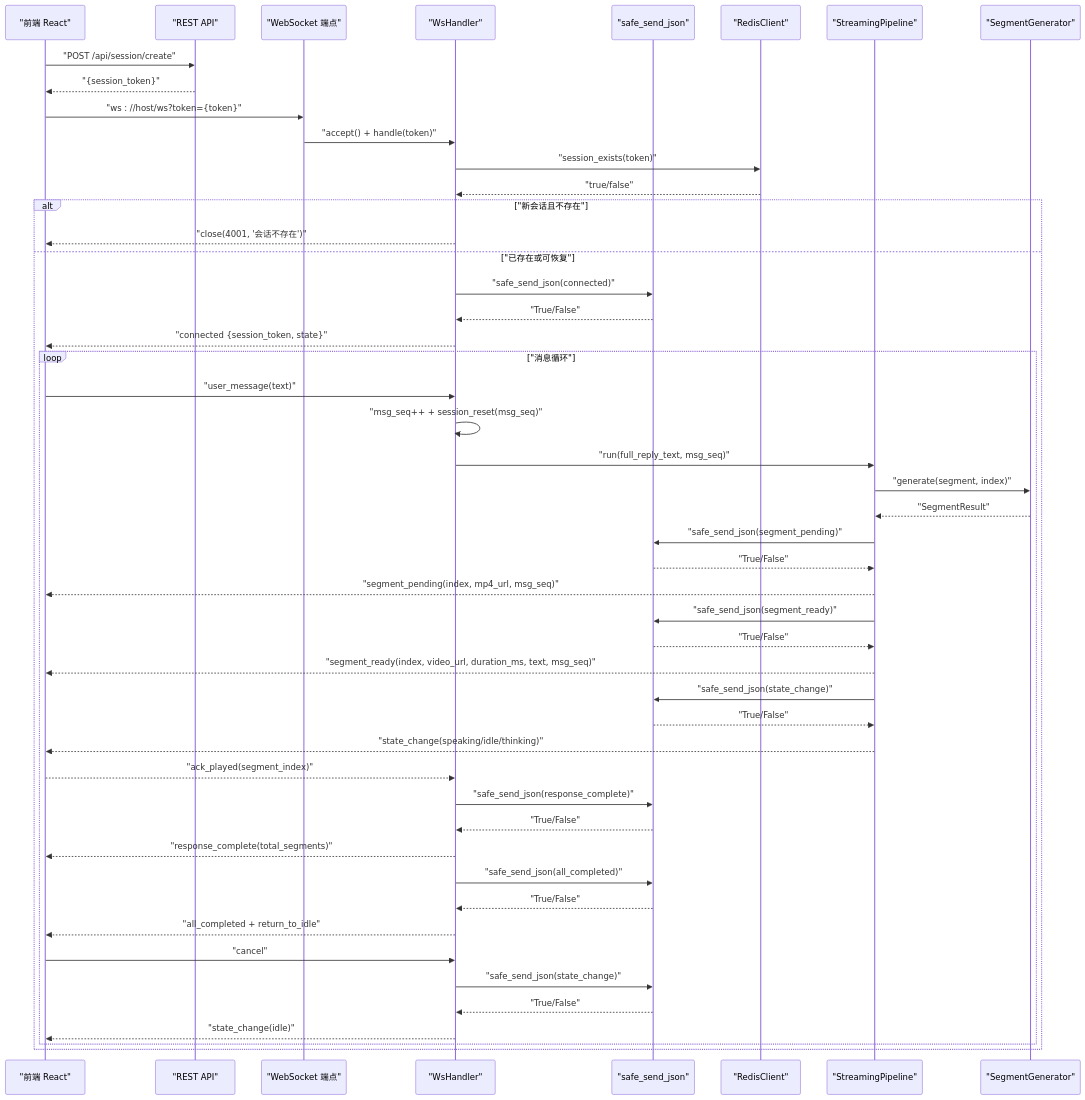
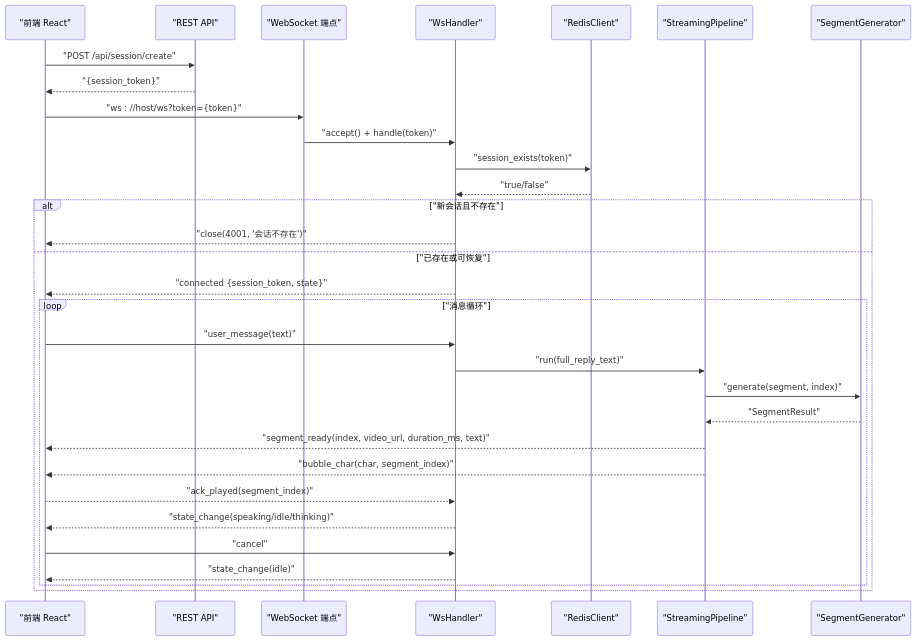
The second of 7 diagrams in .qoder/repowiki/zh/content/后端服务/WebSocket 通信协议.md (leo21cn/real-time-talk), drawn with Mermaid before and after one commit. The commit also changed other lines of this file and 21 other files, not shown here.

````diff
--- a/.qoder/repowiki/zh/content/后端服务/WebSocket 通信协议.md
+++ b/.qoder/repowiki/zh/content/后端服务/WebSocket 通信协议.md
@@ -152,51 +124,33 @@
 ```mermaid
 sequenceDiagram
 participant FE as "前端 React"
 participant API as "REST API"
 participant WS as "WebSocket 端点"
 participant H as "WsHandler"
-participant S as "safe_send_json"
 participant R as "RedisClient"
 participant P as "StreamingPipeline"
 participant G as "SegmentGenerator"
 FE->>API : "POST /api/session/create"
 API-->>FE : "{session_token}"
 FE->>WS : "ws : //host/ws?token={token}"
 WS->>H : "accept() + handle(token)"
 H->>R : "session_exists(token)"
 R-->>H : "true/false"
 alt "新会话且不存在"
 H-->>FE : "close(4001, '会话不存在')"
 else "已存在或可恢复"
-H->>S : "safe_send_json(connected)"
-S-->>H : "True/False"
 H-->>FE : "connected {session_token, state}"
 loop "消息循环"
 FE->>H : "user_message(text)"
-H->>H : "msg_seq++ + session_reset(msg_seq)"
-H->>P : "run(full_reply_text, msg_seq)"
+H->>P : "run(full_reply_text)"
 P->>G : "generate(segment, index)"
 G-->>P : "SegmentResult"
-P->>S : "safe_send_json(segment_pending)"
-S-->>P : "True/False"
-P-->>FE : "segment_pending(index, mp4_url, msg_seq)"
-P->>S : "safe_send_json(segment_ready)"
-S-->>P : "True/False"
-P-->>FE : "segment_ready(index, video_url, duration_ms, text, msg_seq)"
-P->>S : "safe_send_json(state_change)"
-S-->>P : "True/False"
-P-->>FE : "state_change(speaking/idle/thinking)"
+P-->>FE : "segment_ready(index, video_url, duration_ms, text)"
+P-->>FE : "bubble_char(char, segment_index)"
 FE-->>H : "ack_played(segment_index)"
-H->>S : "safe_send_json(response_complete)"
-S-->>H : "True/False"
-H-->>FE : "response_complete(total_segments)"
-H->>S : "safe_send_json(all_completed)"
-S-->>H : "True/False"
-H-->>FE : "all_completed + return_to_idle"
+H-->>FE : "state_change(speaking/idle/thinking)"
 FE->>H : "cancel"
-H->>S : "safe_send_json(state_change)"
-S-->>H : "True/False"
 H-->>FE : "state_change(idle)"
 end
 end
 ```
````
